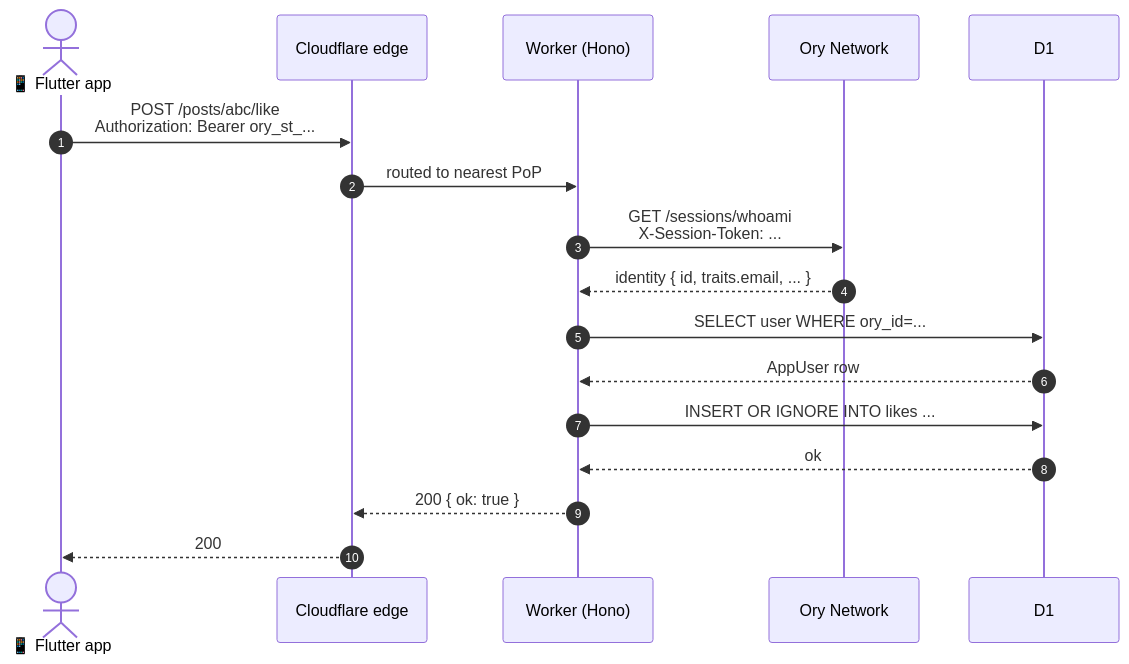
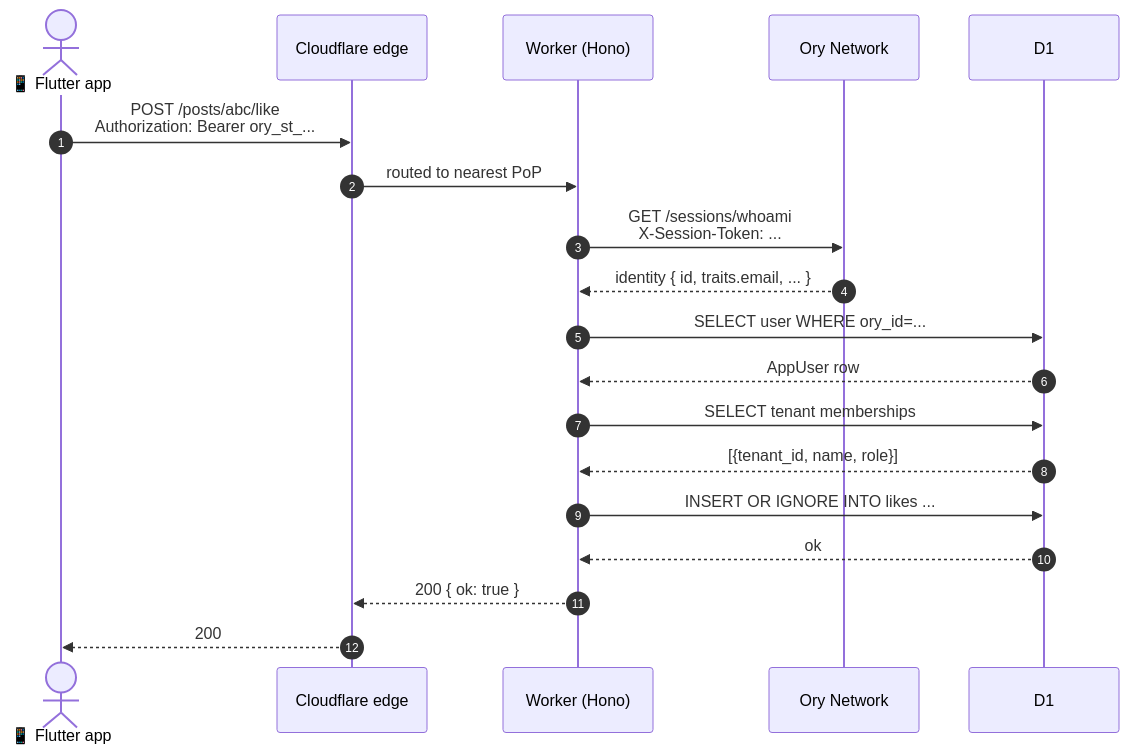
The first of 2 diagrams in docs/ARCHITECTURE.md (lovelinuxalot/familygram), drawn with Mermaid before and after one commit. The commit also changed other lines of this file and 17 other files, not shown here.

````diff
--- a/docs/ARCHITECTURE.md
+++ b/docs/ARCHITECTURE.md
@@ -28,20 +28,22 @@
 ```mermaid
 sequenceDiagram
     autonumber
     actor User as 📱 Flutter app
     participant CF as Cloudflare edge
     participant W as Worker (Hono)
     participant Ory as Ory Network
     participant DB as D1
 
     User->>CF: POST /posts/abc/like<br/>Authorization: Bearer ory_st_...
     CF->>W: routed to nearest PoP
     W->>Ory: GET /sessions/whoami<br/>X-Session-Token: ...
     Ory-->>W: identity { id, traits.email, ... }
     W->>DB: SELECT user WHERE ory_id=...
     DB-->>W: AppUser row
+    W->>DB: SELECT tenant memberships
+    DB-->>W: [{tenant_id, name, role}]
     W->>DB: INSERT OR IGNORE INTO likes ...
     DB-->>W: ok
     W-->>CF: 200 { ok: true }
     CF-->>User: 200
 ```
````
